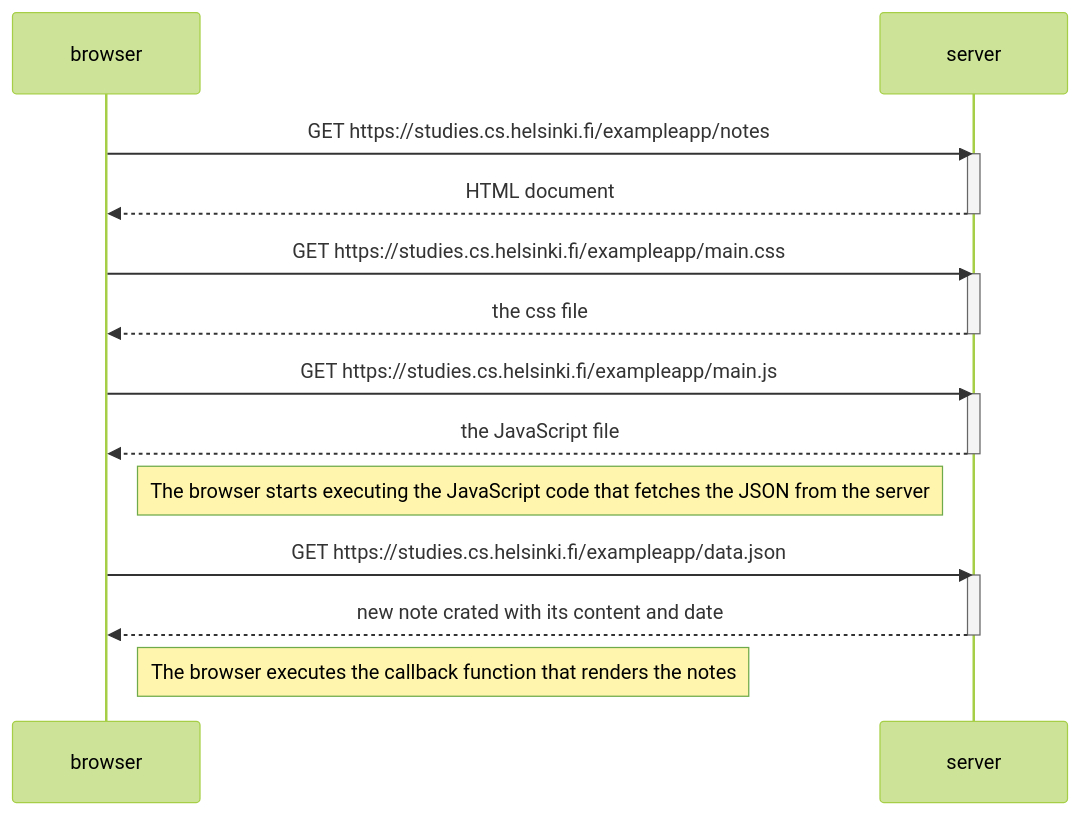
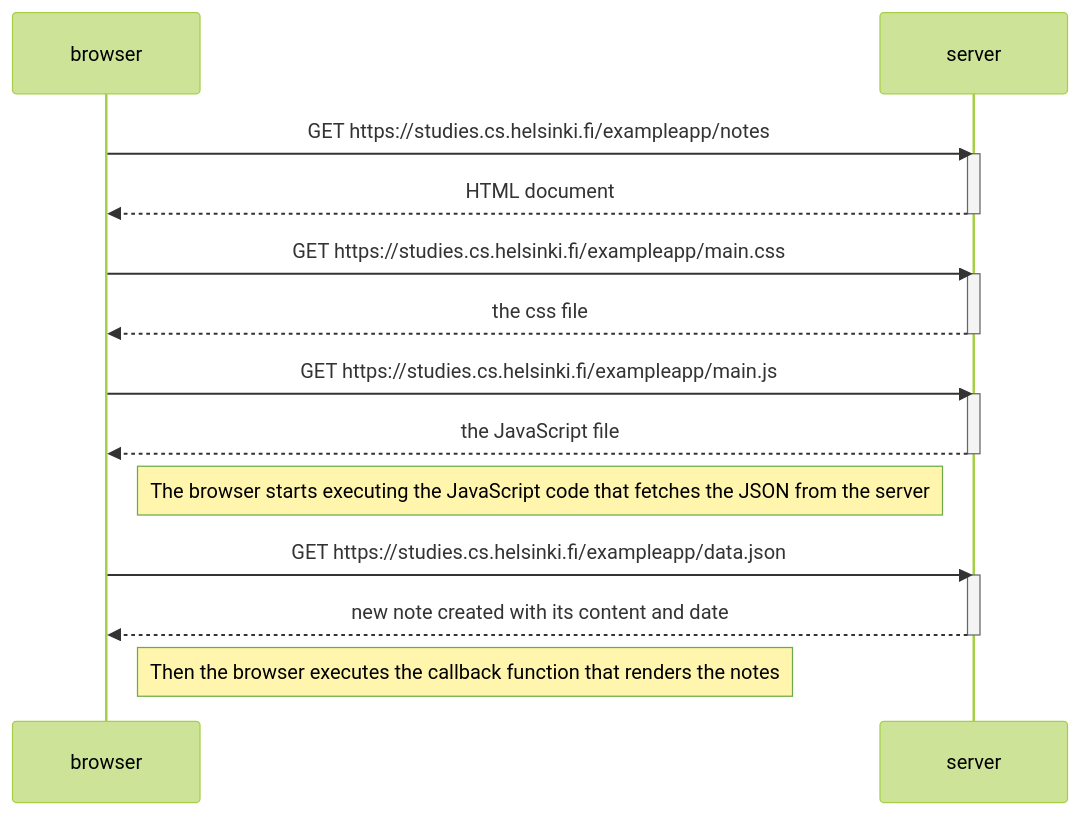
Before and after one commit to RamiroGomez1/Full-Stack-Open: the diagram in Exercise 0.5/mermaid.md, drawn with Mermaid (forest theme).

Commit message:
Exercise

````diff
--- a/Exercise 0.5/mermaid.md
+++ b/Exercise 0.5/mermaid.md
@@ -1,29 +1,29 @@
 ```mermaid
 sequenceDiagram
     participant browser
     participant server
 
     browser->>server: GET https://studies.cs.helsinki.fi/exampleapp/notes
     activate server
     server-->>browser: HTML document
     deactivate server
 
     browser->>server: GET https://studies.cs.helsinki.fi/exampleapp/main.css
     activate server
     server-->>browser: the css file
     deactivate server
 
     browser->>server: GET https://studies.cs.helsinki.fi/exampleapp/main.js
     activate server
     server-->>browser: the JavaScript file
     deactivate server
 
     Note right of browser: The browser starts executing the JavaScript code that fetches the JSON from the server
 
     browser->>server: GET https://studies.cs.helsinki.fi/exampleapp/data.json
     activate server
-    server-->>browser: new note crated with its content and date
+    server-->>browser: new note created with its content and date
     deactivate server
 
-    Note right of browser: The browser executes the callback function that renders the notes
+    Note right of browser: Then the browser executes the callback function that renders the notes
 ```
````
